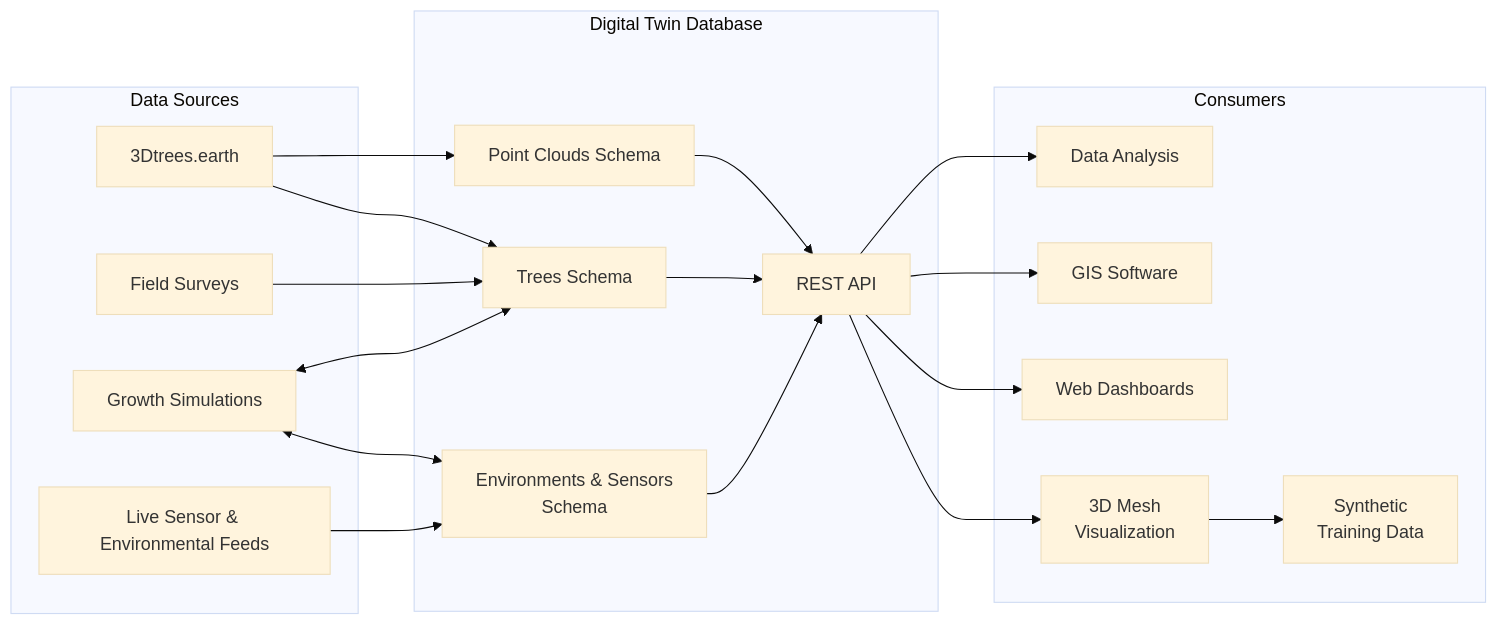
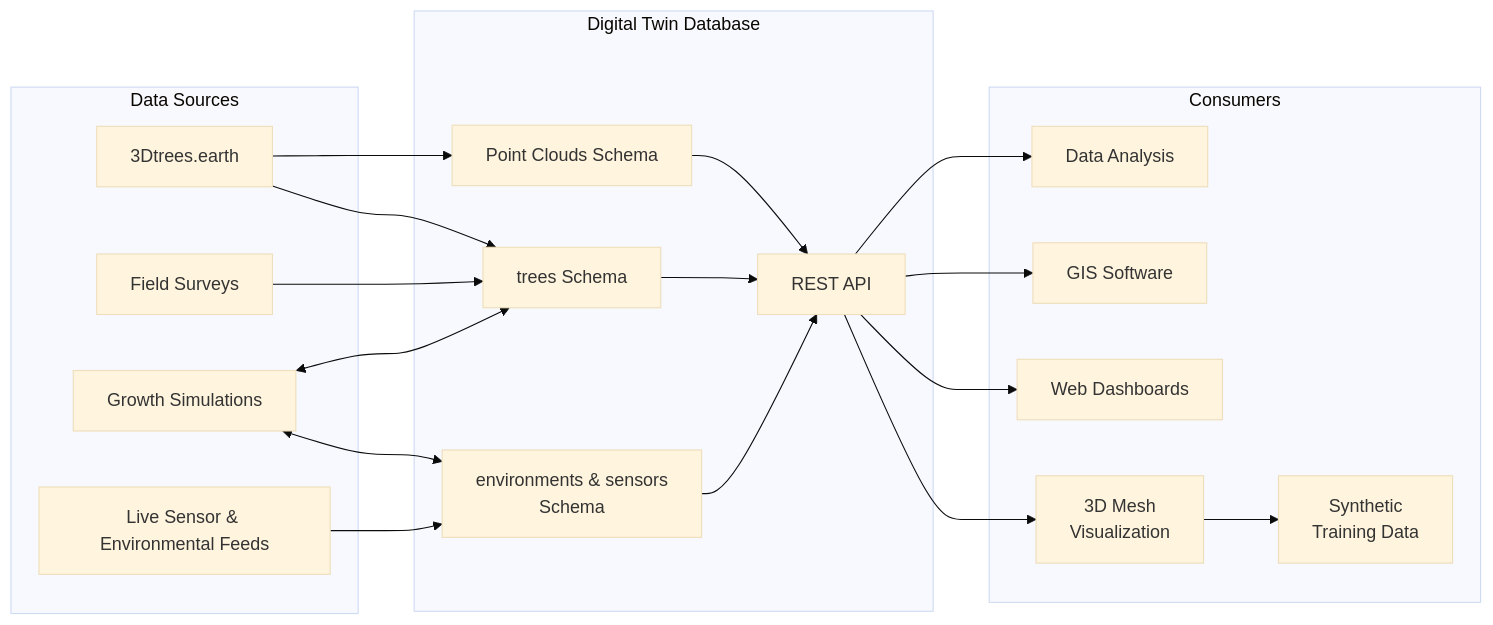
Before and after one commit to XRFutureForests/digital-twin-db: the seventh of 7 diagrams in docs/database-overview.md, drawn with Mermaid (base theme). The commit also changed other lines of this file and 18 other files, not shown here.

````diff
--- a/docs/database-overview.md
+++ b/docs/database-overview.md
@@ -561,41 +561,41 @@
 ```mermaid
 flowchart LR
     subgraph Sources["Data Sources"]
         TDT["3Dtrees.earth"]
         Field["Field Surveys"]
         Sim["Growth Simulations"]
         Live["Live Sensor & Environmental Feeds"]
         
     end
 
     subgraph DB["Digital Twin Database"]
         PC["Point Clouds Schema"]
-        TR["Trees Schema"]
-        EN["Environments & Sensors</br>Schema"]
+        TR["trees Schema"]
+        EN["environments & sensors</br>Schema"]
         REST["REST API"]
     end
 
     subgraph Consumers["Consumers"]
         Analysis["Data Analysis"]
         GIS["GIS Software"]
         Dashboards["Web Dashboards"]
         3D["3D Mesh</br>Visualization"]
         Synthetic["Synthetic</br>Training Data"]
     end
 
     TDT --> PC
     TDT --> TR
     PC --> REST
     Field --> TR
     Sim <--> TR
     Sim <--> EN
     Live --> EN
     TR --> REST
     EN --> REST
     REST --> Analysis
     REST --> GIS
     REST --> Dashboards
     REST --> 3D
     3D --> Synthetic
 
 ```
````
